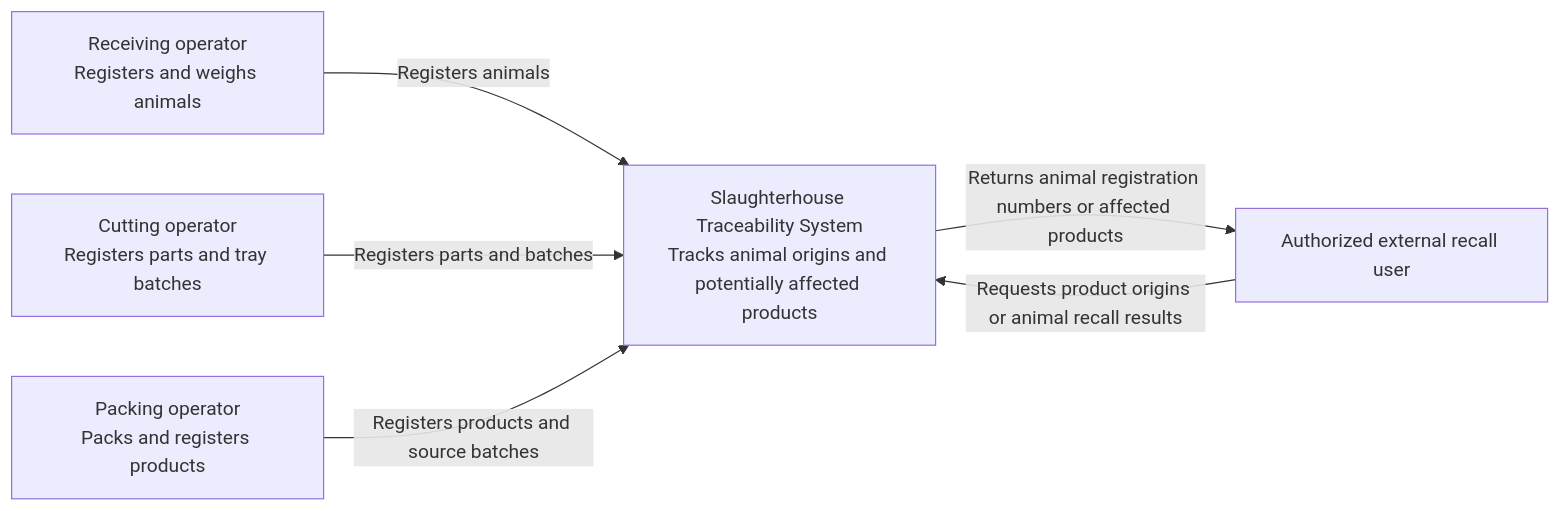
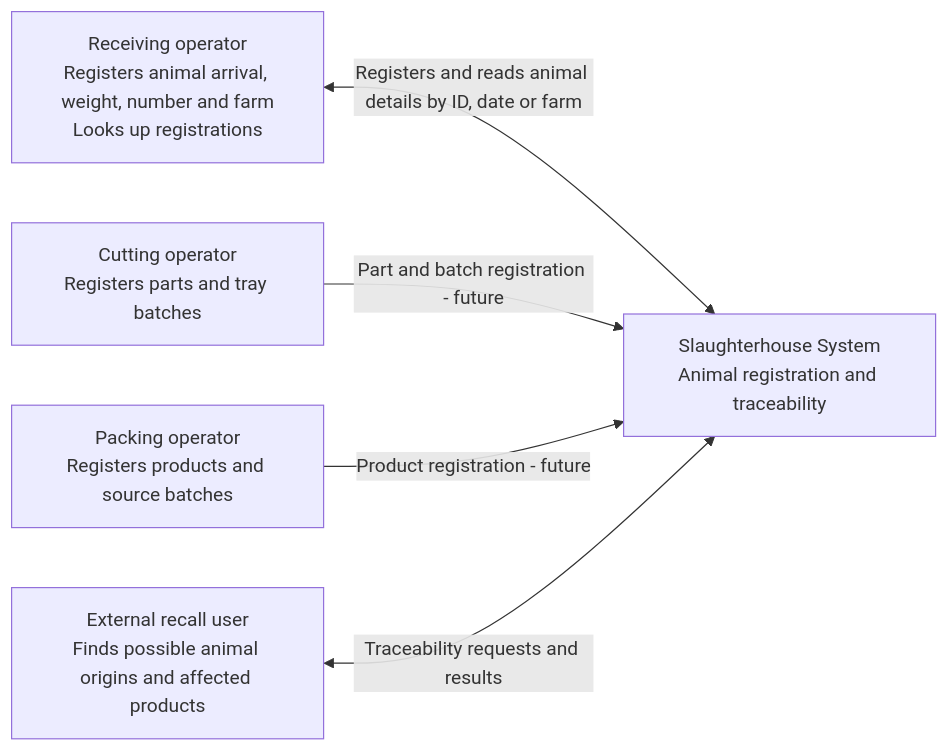
One commit to M0dlyn/PRO3Assignment changed the first of 3 diagrams in docs/architecture.md. Above: the diagram before and after it, drawn with Mermaid. The commit also changed other lines of this file and 16 other files, not shown here.

````diff
--- a/docs/architecture.md
+++ b/docs/architecture.md
@@ -7,13 +7,12 @@
 ```mermaid
 flowchart LR
-    receiving["Receiving operator<br/>Registers and weighs animals"]
+    receiving["Receiving operator<br/>Registers animal arrival, weight, number and farm<br/>Looks up registrations"]
     cutting["Cutting operator<br/>Registers parts and tray batches"]
-    packing["Packing operator<br/>Packs and registers products"]
-    external["Authorized external recall user"]
-    system["Slaughterhouse Traceability System<br/>Tracks animal origins and potentially affected products"]
-    receiving -->|Registers animals| system
-    cutting -->|Registers parts and batches| system
-    packing -->|Registers products and source batches| system
-    external -->|Requests product origins or animal recall results| system
-    system -->|Returns animal registration numbers or affected products| external
+    packing["Packing operator<br/>Registers products and source batches"]
+    external["External recall user<br/>Finds possible animal origins and affected products"]
+    system["Slaughterhouse System<br/>Animal registration and traceability"]
+    receiving <-->|Registers and reads animal details by ID, date or farm| system
+    cutting -->|Part and batch registration - future| system
+    packing -->|Product registration - future| system
+    external <-->|Traceability requests and results| system
 ```
````
